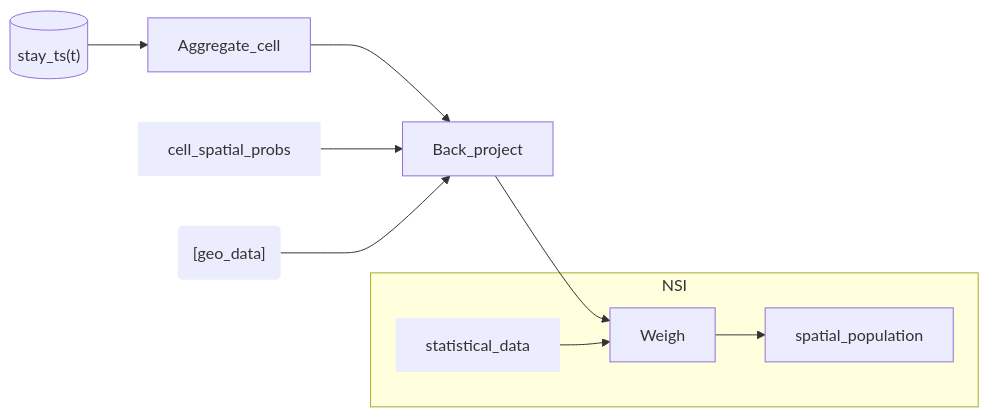
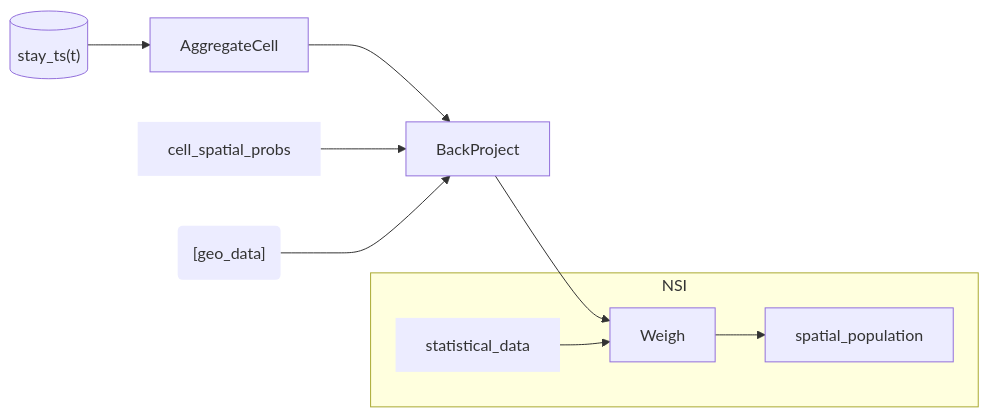
Before and after one commit to djvanderlaan/pipeline: the tenth of 14 diagrams in README.md, drawn with Mermaid. The commit also changed other lines of this file, not shown here.

````diff
--- a/README.md
+++ b/README.md
@@ -120,15 +120,15 @@
 ```mermaid
 flowchart LR
 
-stay_ts[("stay_ts(t)")] --> Aggregate_cell --> Back_project --> Weigh 
+stay_ts[("stay_ts(t)")] --> AggregateCell --> BackProject --> Weigh 
 
-cell_spatial_probs:::data --> Back_project
-geo_data("[geo_data]"):::data --> Back_project
+cell_spatial_probs:::data --> BackProject
+geo_data("[geo_data]"):::data --> BackProject
 
 subgraph NSI
 Weigh --> spatial_population:::Data
 statistical_data:::data --> Weigh
 end
 
 classDef data stroke-width:0px
 ```
````
